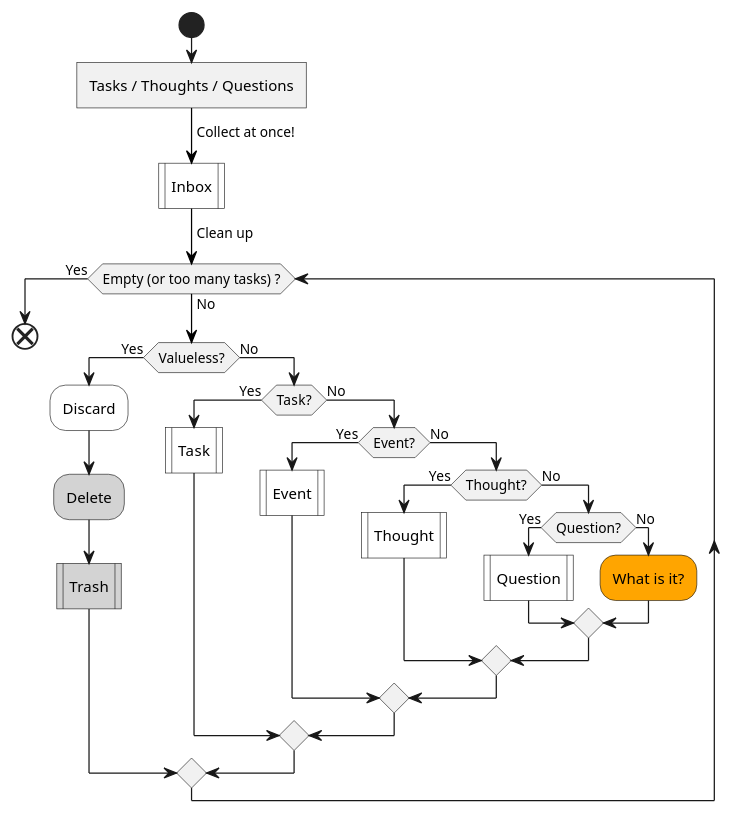
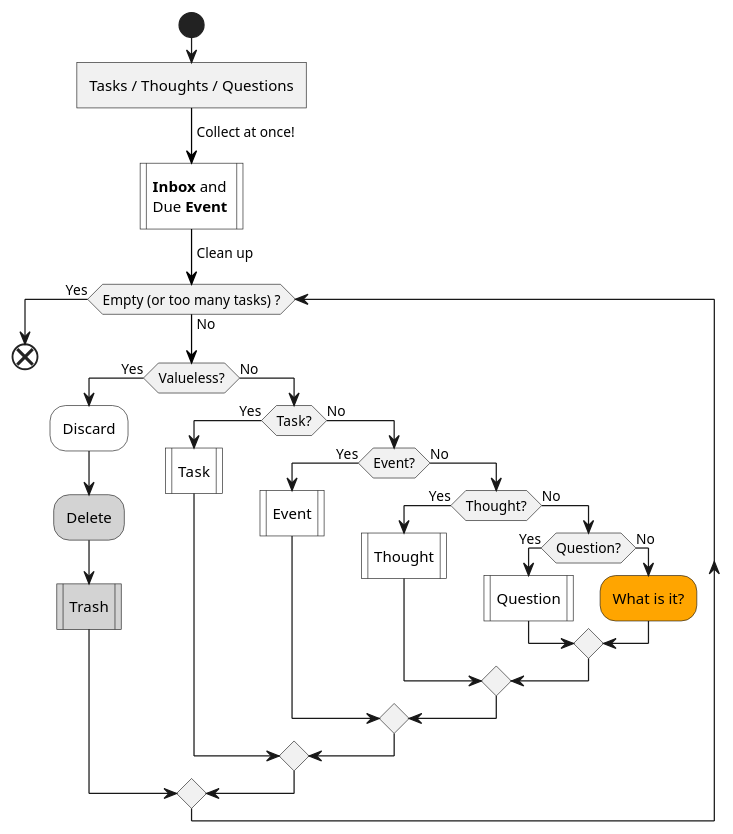
Before and after one commit to IceHe/icehe-lib: the first of 4 diagrams in lifelogs/rehabilitation.md, drawn with PlantUML.

Commit message:
2020-12-17 21:12:51 Thu

````diff
--- a/lifelogs/rehabilitation.md
+++ b/lifelogs/rehabilitation.md
@@ -185,35 +185,35 @@
 ```plantuml
 @startuml
 start
 :Tasks / Thoughts / Questions]
 -[#black]-> Collect at once!;
-#white:Inbox|
+#white:**Inbox** and \nDue **Event**|
 -[#black]-> Clean up;
 while (Empty (or too many tasks) ?) is (No)
     if (Valueless?) then (Yes)
         #white:Discard;
         #lightGray:Delete;
         #lightGray:Trash|
     else (No)
         if (Task?) then (Yes)
             #white:Task|
         else (No)
             if (Event?) then (Yes)
                 #white:Event|
             else (No)
                 if (Thought?) then (Yes)
                     #white:Thought|
                 else (No)
                     if (Question?) then (Yes)
                         #white:Question|
                     else (No)
                         #orange:What is it?;
                     endif
                 endif
             endif
         endif
     endif
 endwhile (Yes)
 end
 @enduml
 ```
````
